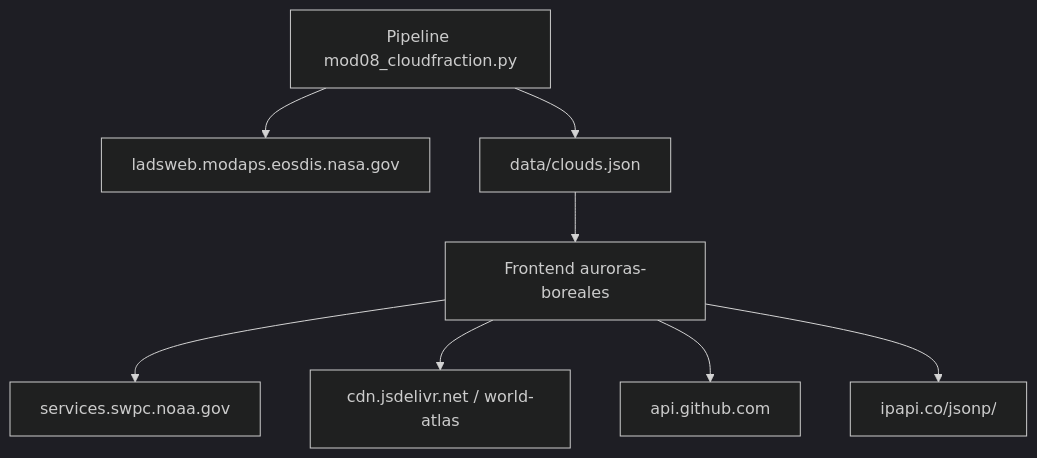
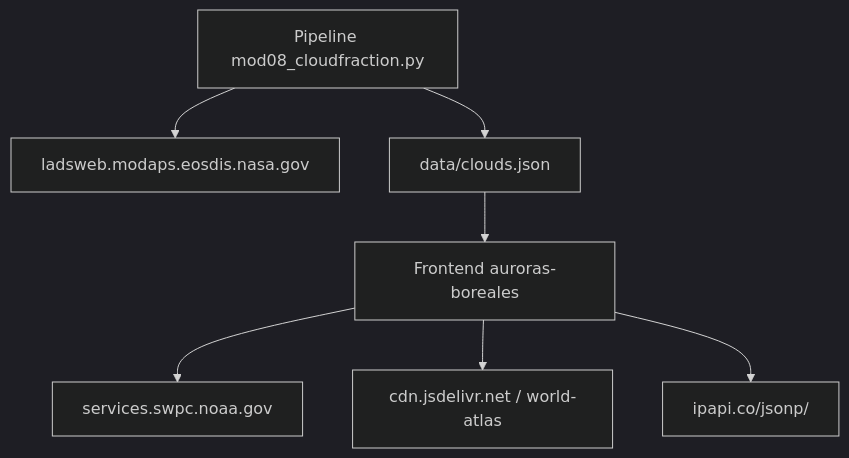
Before and after one commit to romezamario/auroras-boreales: the fourth of 4 diagrams in README.md, drawn with Mermaid (dark theme). The commit also changed other lines of this file and 3 other files, not shown here.

````diff
--- a/README.md
+++ b/README.md
@@ -267,11 +267,10 @@
 ```mermaid
 flowchart TD
     APP[Frontend auroras-boreales]
     APP --> NOAA[services.swpc.noaa.gov]
     APP --> ATLAS[cdn.jsdelivr.net / world-atlas]
-    APP --> GITHUB[api.github.com]
     APP --> IP1[ipapi.co/jsonp/]
     JOB[Pipeline mod08_cloudfraction.py] --> LAADS[ladsweb.modaps.eosdis.nasa.gov]
     JOB --> CLOUDS[data/clouds.json]
     CLOUDS --> APP
 ```
````
